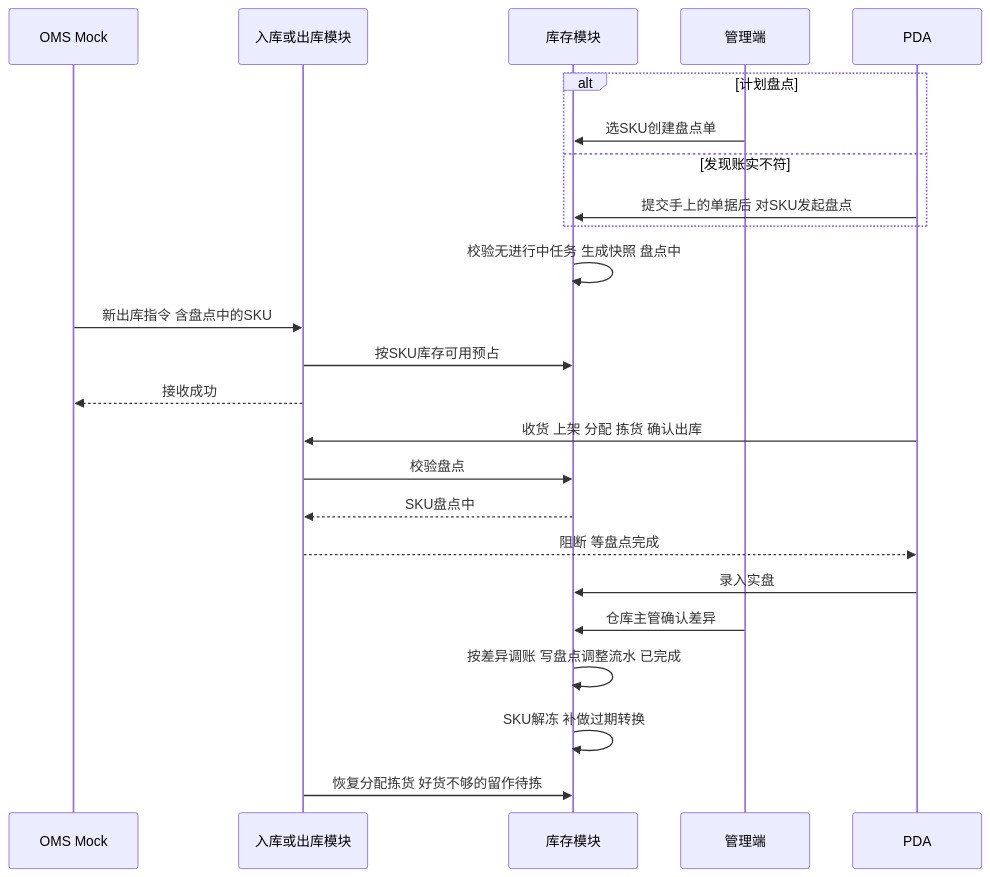
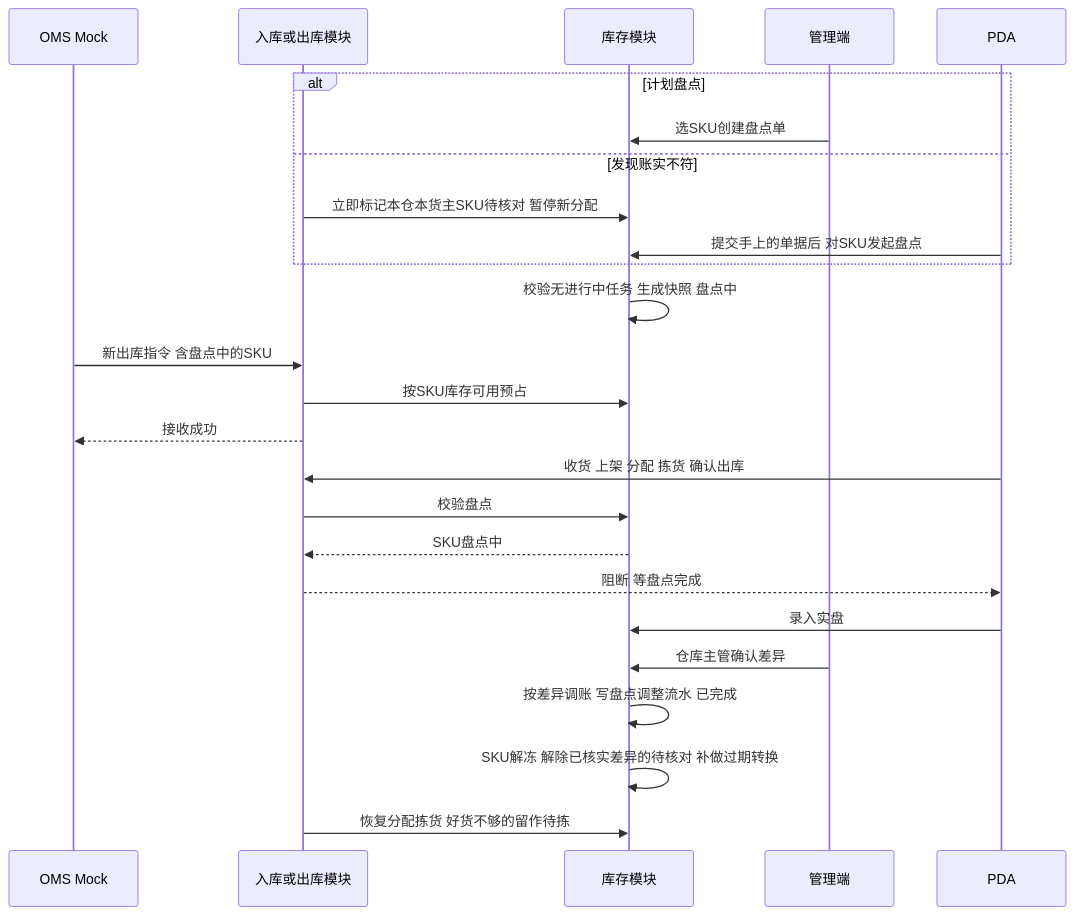
One commit to TopVitamin/QS-WMS-Project changed the second of 2 diagrams in 01-全局背景信息/07-库存模块宏观系统架构.md. Above: the diagram before and after it, drawn with Mermaid. The commit also changed other lines of this file and 281 other files, not shown here.

````diff
--- a/01-全局背景信息/07-库存模块宏观系统架构.md
+++ b/01-全局背景信息/07-库存模块宏观系统架构.md
@@ -263,26 +269,27 @@
 ```mermaid
 sequenceDiagram
     participant O as OMS Mock
     participant W as 入库或出库模块
     participant S as 库存模块
     participant A as 管理端
     participant P as PDA
     alt 计划盘点
         A->>S: 选SKU创建盘点单
     else 发现账实不符
+        W->>S: 立即标记本仓本货主SKU待核对 暂停新分配
         P->>S: 提交手上的单据后 对SKU发起盘点
     end
     S->>S: 校验无进行中任务 生成快照 盘点中
     O->>W: 新出库指令 含盘点中的SKU
     W->>S: 按SKU库存可用预占
     W-->>O: 接收成功
     P->>W: 收货 上架 分配 拣货 确认出库
     W->>S: 校验盘点
     S-->>W: SKU盘点中
     W-->>P: 阻断 等盘点完成
     P->>S: 录入实盘
     A->>S: 仓库主管确认差异
     S->>S: 按差异调账 写盘点调整流水 已完成
-    S->>S: SKU解冻 补做过期转换
+    S->>S: SKU解冻 解除已核实差异的待核对 补做过期转换
     W->>S: 恢复分配拣货 好货不够的留作待拣
 ```
````
